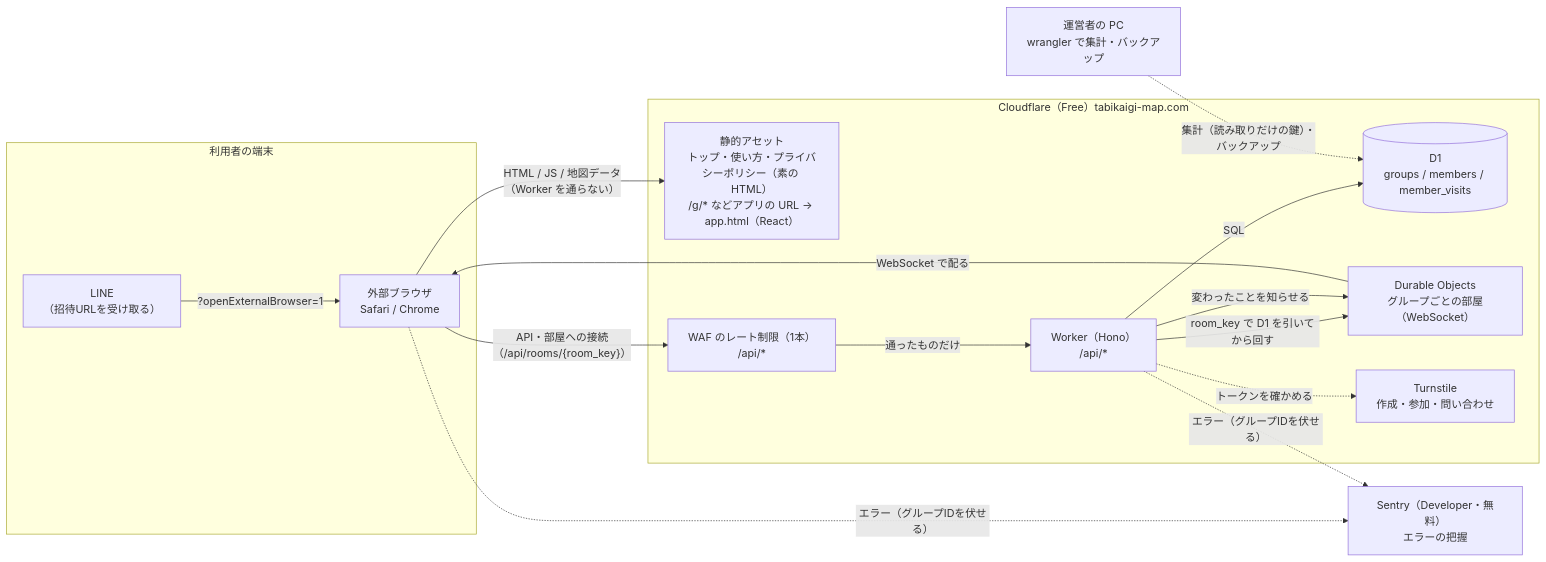
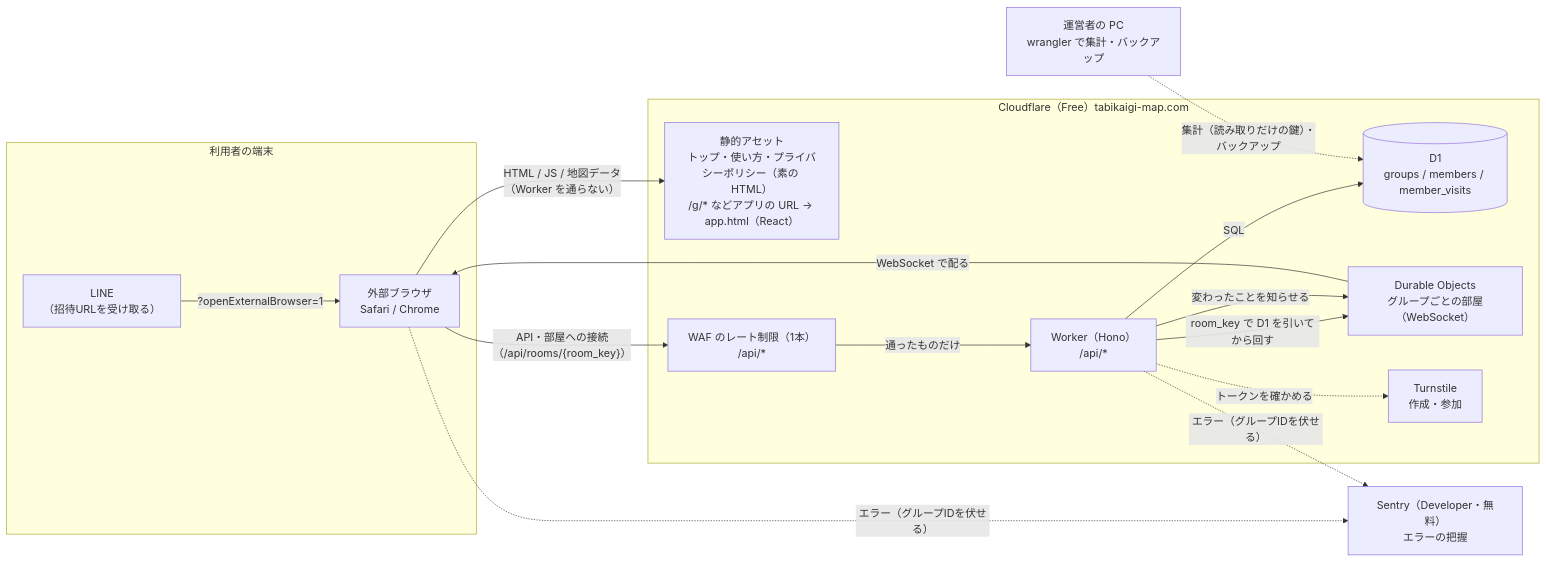
The diagram in docs/design/architecture.md (yuppy52/tabikaigi-map), drawn with Mermaid before and after one commit. The commit also changed other lines of this file and 11 other files, not shown here.

````diff
--- a/docs/design/architecture.md
+++ b/docs/design/architecture.md
@@ -7,32 +7,32 @@
 ```mermaid
 flowchart LR
   subgraph client["利用者の端末"]
     LINE["LINE<br/>（招待URLを受け取る）"]
     Browser["外部ブラウザ<br/>Safari / Chrome"]
     LINE -- "?openExternalBrowser=1" --> Browser
   end
   Ops["運営者の PC<br/>wrangler で集計・バックアップ"]
 
   subgraph cf["Cloudflare（Free）tabikaigi-map.com"]
     Assets["静的アセット<br/>トップ・使い方・プライバシーポリシー（素の HTML）<br/>/g/* などアプリの URL → app.html（React）"]
     WAF["WAF のレート制限（1本）<br/>/api/*"]
     Worker["Worker（Hono）<br/>/api/*"]
     D1[("D1<br/>groups / members / member_visits")]
     Room["Durable Objects<br/>グループごとの部屋（WebSocket）"]
-    Turnstile["Turnstile<br/>作成・参加・問い合わせ"]
+    Turnstile["Turnstile<br/>作成・参加"]
   end
 
   Sentry["Sentry（Developer・無料）<br/>エラーの把握"]
 
   Browser -- "HTML / JS / 地図データ<br/>（Worker を通らない）" --> Assets
   Browser -- "API・部屋への接続（/api/rooms/{room_key}）" --> WAF
   WAF -- "通ったものだけ" --> Worker
   Worker -- "SQL" --> D1
   Worker -- "room_key で D1 を引いてから回す" --> Room
   Worker -- "変わったことを知らせる" --> Room
   Room -- "WebSocket で配る" --> Browser
   Worker -. "トークンを確かめる" .-> Turnstile
   Browser -. "エラー（グループIDを伏せる）" .-> Sentry
   Worker -. "エラー（グループIDを伏せる）" .-> Sentry
   Ops -. "集計（読み取りだけの鍵）・バックアップ" .-> D1
 ```
````
